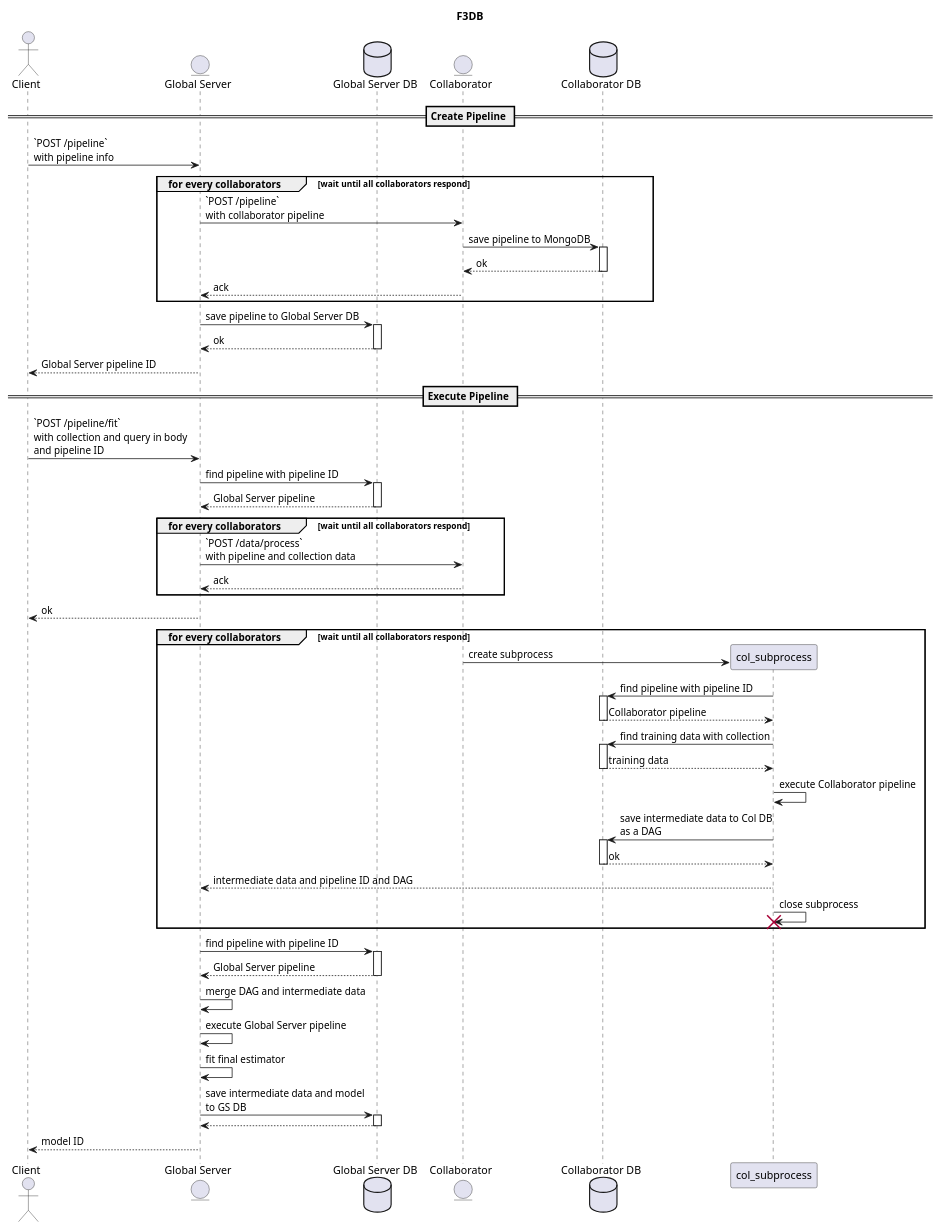
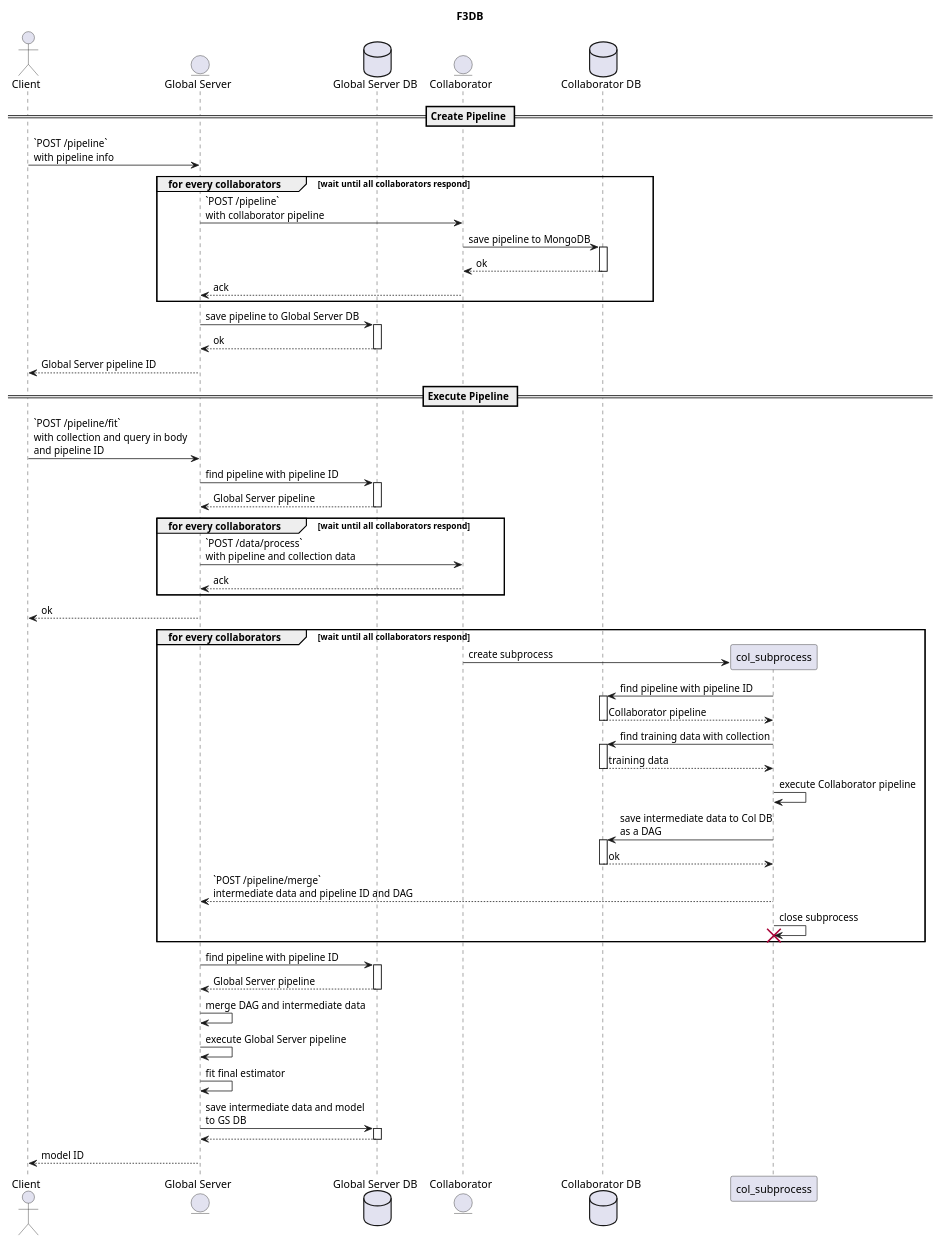
The diagram in UML/create_model.wsd (disam8853/f3db), drawn with PlantUML before and after one commit. The commit also changed 2 other files, not shown here.

Commit message:
update UML

```diff
--- a/UML/create_model.wsd
+++ b/UML/create_model.wsd
@@ -1,57 +1,57 @@
 @startuml F3DB
 title F3DB
 actor       Client      as c
 entity      "Global Server" as gs
 database    "Global Server DB" as db_gs
 entity      Collaborator as col
 database    "Collaborator DB" as db_col
 
 == Create Pipeline ==
 
 c -> gs: `POST /pipeline`\nwith pipeline info
 group for every collaborators [wait until all collaborators respond]
 gs -> col: `POST /pipeline`\nwith collaborator pipeline
 col -> db_col ++: save pipeline to MongoDB
 return ok
 col --> gs: ack
 end
 gs -> db_gs++: save pipeline to Global Server DB
 return ok
 gs --> c: Global Server pipeline ID
 
 == Execute Pipeline ==
 
 c -> gs: `POST /pipeline/fit`\nwith collection and query in body\nand pipeline ID
 gs -> db_gs++: find pipeline with pipeline ID
 return Global Server pipeline
 
 group for every collaborators [wait until all collaborators respond]
 gs -> col: `POST /data/process`\nwith pipeline and collection data
 return ack
 end
 
 gs --> c: ok
 
 group for every collaborators [wait until all collaborators respond]
 col -> col_subprocess **: create subprocess
 col_subprocess -> db_col++: find pipeline with pipeline ID
 return Collaborator pipeline
 col_subprocess -> db_col++: find training data with collection
 return training data
 col_subprocess -> col_subprocess: execute Collaborator pipeline
 col_subprocess -> db_col++: save intermediate data to Col DB\nas a DAG
 return ok
-col_subprocess --> gs: intermediate data and pipeline ID and DAG
+col_subprocess --> gs: `POST /pipeline/merge`\nintermediate data and pipeline ID and DAG
 col_subprocess -> col_subprocess !!: close subprocess
 end
 
 gs -> db_gs++: find pipeline with pipeline ID
 return Global Server pipeline
 gs -> gs: merge DAG and intermediate data
 gs -> gs: execute Global Server pipeline
 gs -> gs: fit final estimator
 gs -> db_gs++: save intermediate data and model\nto GS DB
 return
 gs --> c: model ID
 
 @enduml
```
